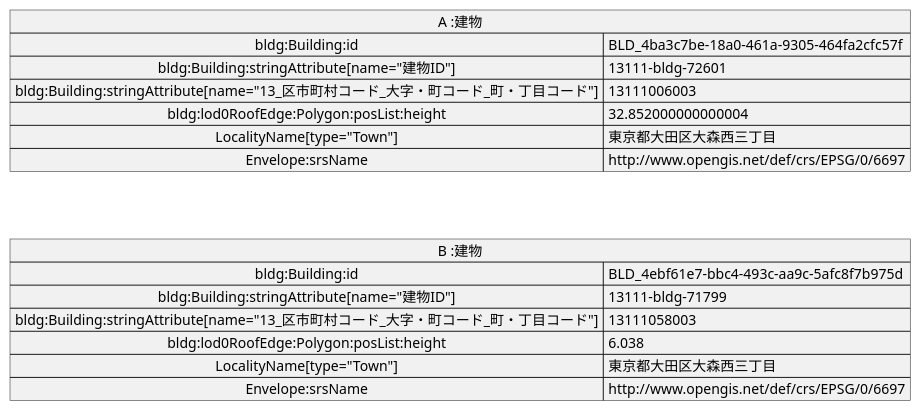
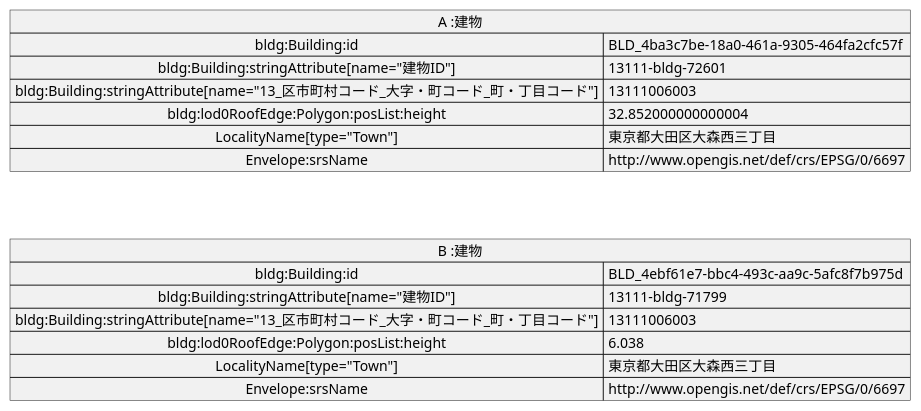
Before and after one commit to yuuhayashi/citygml-osm: the diagram in doc/building/sample-d/sample-d-gml.pu, drawn with PlantUML. The commit also changed 9 other files, not shown here.

```diff
--- a/doc/building/sample-d/sample-d-gml.pu
+++ b/doc/building/sample-d/sample-d-gml.pu
@@ -1,19 +1,19 @@
 @startuml
 map "A :建物" as A {
  bldg:Building:id => BLD_4ba3c7be-18a0-461a-9305-464fa2cfc57f
  bldg:Building:stringAttribute[name="建物ID"] => 13111-bldg-72601
  bldg:Building:stringAttribute[name="13_区市町村コード_大字・町コード_町・丁目コード"] => 13111006003
  bldg:lod0RoofEdge:Polygon:posList:height => 32.852000000000004
  LocalityName[type="Town"] => 東京都大田区大森西三丁目
  Envelope:srsName => http://www.opengis.net/def/crs/EPSG/0/6697
 }
 map "B :建物" as B {
  bldg:Building:id => BLD_4ebf61e7-bbc4-493c-aa9c-5afc8f7b975d
  bldg:Building:stringAttribute[name="建物ID"] => 13111-bldg-71799
- bldg:Building:stringAttribute[name="13_区市町村コード_大字・町コード_町・丁目コード"] => 13111058003
+ bldg:Building:stringAttribute[name="13_区市町村コード_大字・町コード_町・丁目コード"] => 13111006003
  bldg:lod0RoofEdge:Polygon:posList:height => 6.038
  LocalityName[type="Town"] => 東京都大田区大森西三丁目
  Envelope:srsName => http://www.opengis.net/def/crs/EPSG/0/6697
 }
 A -[hidden]- B
 @enduml
```
